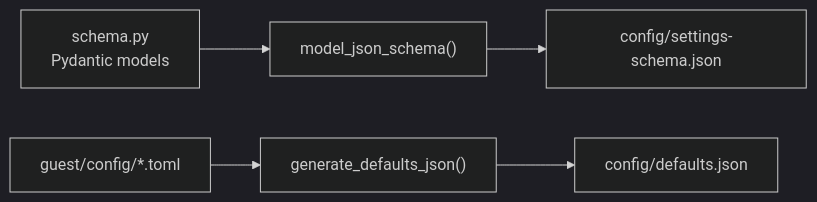
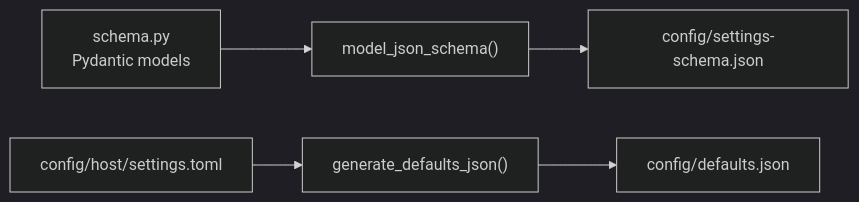
One commit to google/capsem changed the second of 4 diagrams in docs/src/content/docs/architecture/settings-schema.md. Above: the diagram before and after it, drawn with Mermaid (dark theme). The commit also changed other lines of this file and 19 other files, not shown here.

````diff
--- a/docs/src/content/docs/architecture/settings-schema.md
+++ b/docs/src/content/docs/architecture/settings-schema.md
@@ -166,7 +166,7 @@
 ```mermaid
 flowchart LR
     PM["schema.py\nPydantic models"] --> MSJ["model_json_schema()"]
     MSJ --> SCH["config/settings-schema.json"]
-    GC["guest/config/*.toml"] --> GD["generate_defaults_json()"]
+    GC["config/host/settings.toml"] --> GD["generate_defaults_json()"]
     GD --> DEF["config/defaults.json"]
 ```
````
